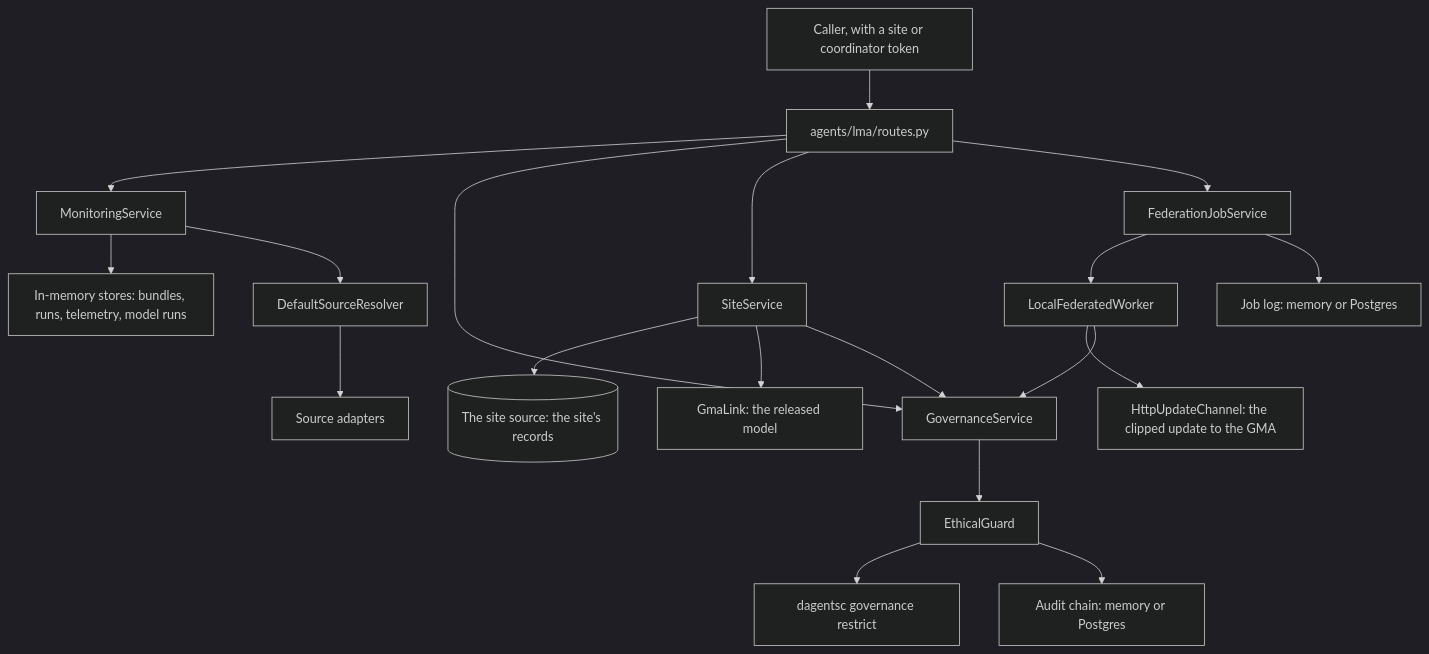
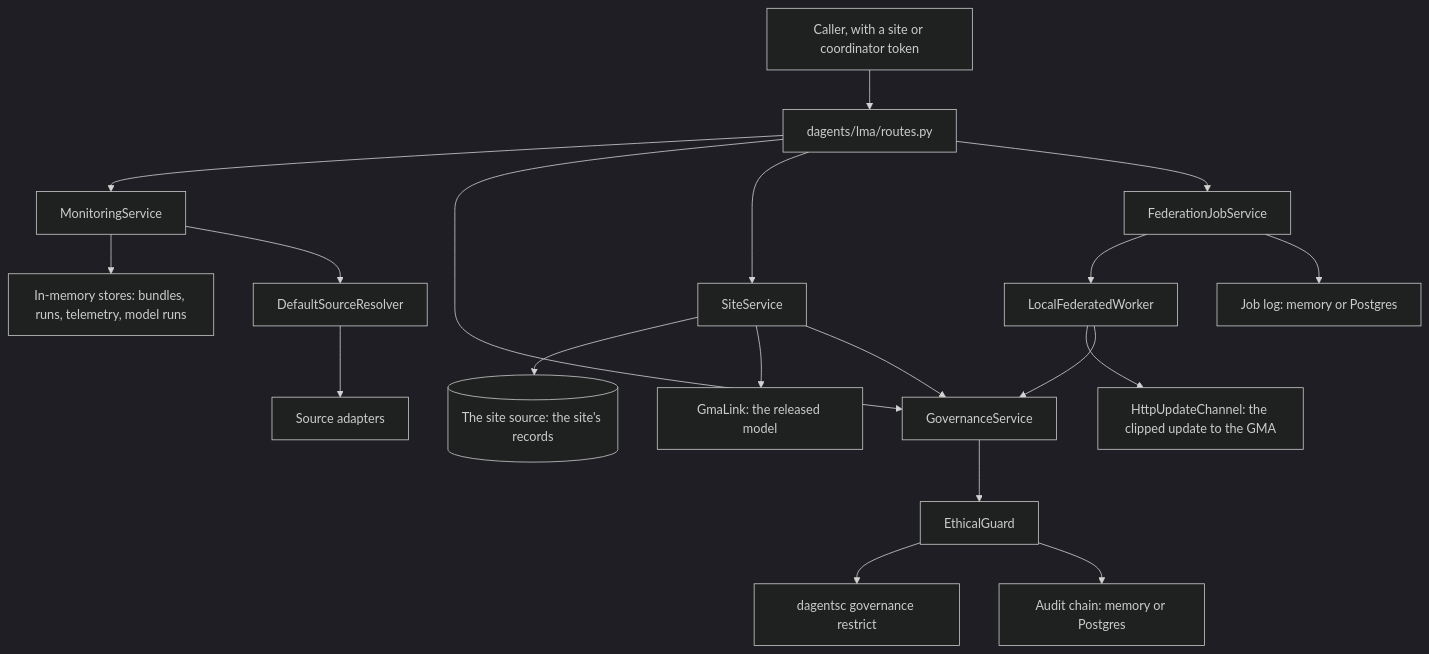
The second of 12 diagrams in docs/reference/api/agents.md (pradyunuydarp/Dagents), drawn with Mermaid (dark theme) before and after one commit. The commit also changed other lines of this file and 366 other files, not shown here.

First line of the commit message:
Rename the agents package to dagents

````diff
--- a/docs/reference/api/agents.md
+++ b/docs/reference/api/agents.md
@@ -207,21 +207,21 @@
 ```mermaid
 flowchart TB
-    Caller["Caller, with a site or coordinator token"] --> Routes["agents/lma/routes.py"]
+    Caller["Caller, with a site or coordinator token"] --> Routes["dagents/lma/routes.py"]
     Routes --> Monitoring["MonitoringService"]
     Routes --> Governance["GovernanceService"]
     Routes --> Site["SiteService"]
     Routes --> Jobs["FederationJobService"]
     Monitoring --> Stores["In-memory stores: bundles, runs, telemetry, model runs"]
     Monitoring --> Resolver["DefaultSourceResolver"]
     Resolver --> Adapters["Source adapters"]
     Site --> SiteSource[("The site source: the site's records")]
     Site --> Gma["GmaLink: the released model"]
     Jobs --> Worker["LocalFederatedWorker"]
     Worker --> Channel["HttpUpdateChannel: the clipped update to the GMA"]
     Jobs --> JobLog["Job log: memory or Postgres"]
     Worker --> Governance
     Site --> Governance
     Governance --> Guard["EthicalGuard"]
     Guard --> CLI["dagentsc governance restrict"]
     Guard --> Audit["Audit chain: memory or Postgres"]
 ```
````
